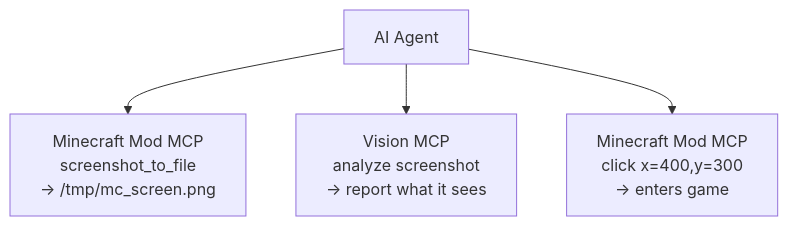
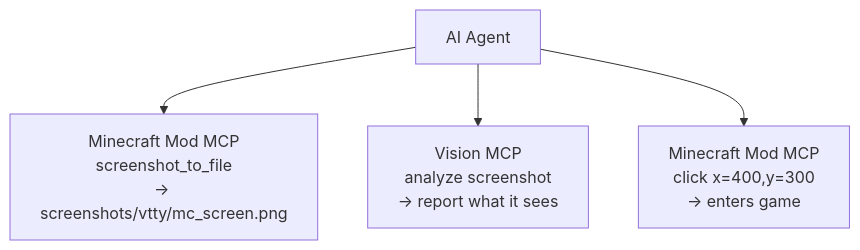
One commit to langyo/minecraft-mod-mcp changed the diagram in docs/guides/es/AI-TOOLS.md. Above: the diagram before and after it, drawn with Mermaid. The commit also changed other lines of this file and 234 other files, not shown here.

````diff
--- a/docs/guides/es/AI-TOOLS.md
+++ b/docs/guides/es/AI-TOOLS.md
@@ -580,7 +580,7 @@
 ```mermaid
 flowchart TD
     A["AI Agent"]
-    A --> B["Minecraft Mod MCP<br/>screenshot_to_file<br/>→ /tmp/mc_screen.png"]
+    A --> B["Minecraft Mod MCP<br/>screenshot_to_file<br/>→ screenshots/vtty/mc_screen.png"]
     A --> C["Vision MCP<br/>analyze screenshot<br/>→ report what it sees"]
     A --> D["Minecraft Mod MCP<br/>click x=400,y=300<br/>→ enters game"]
 ```
````
